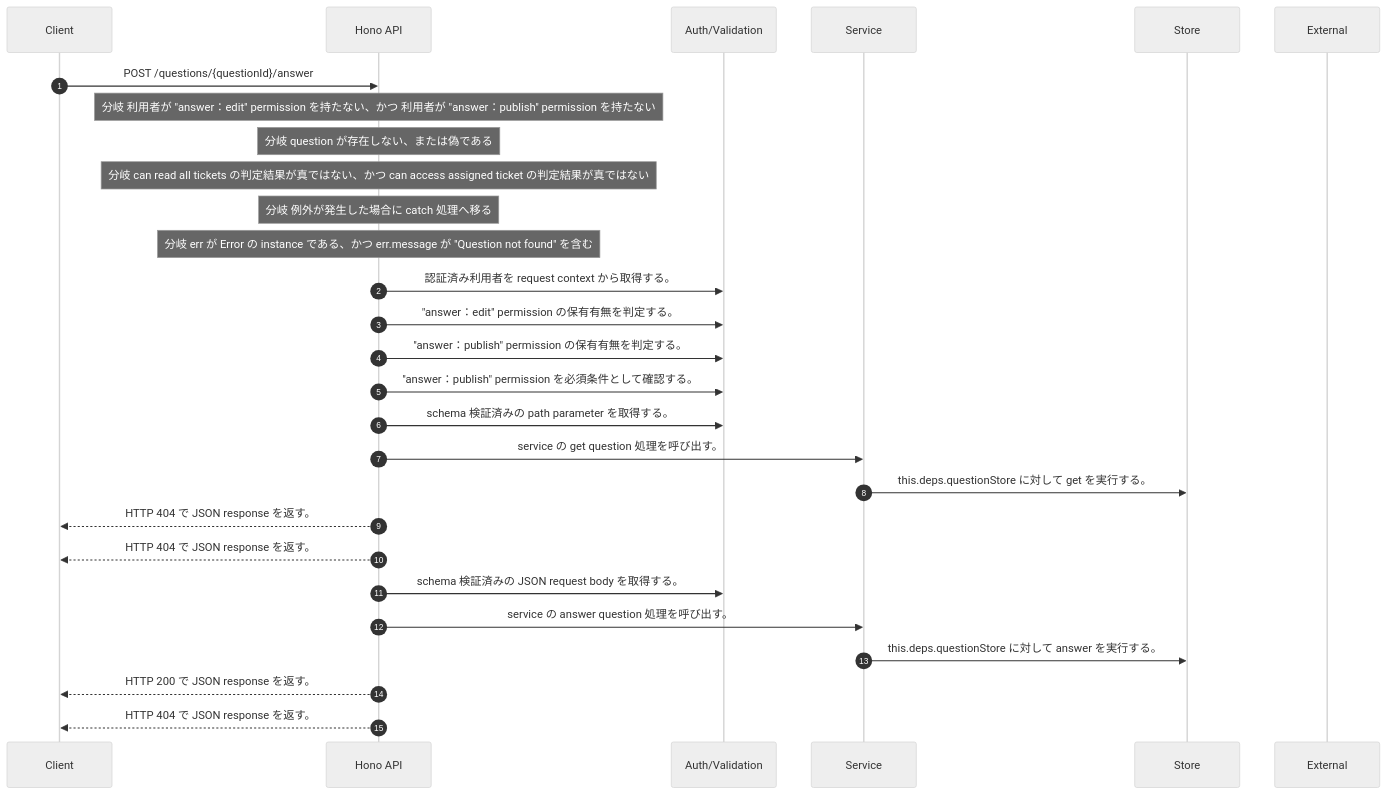
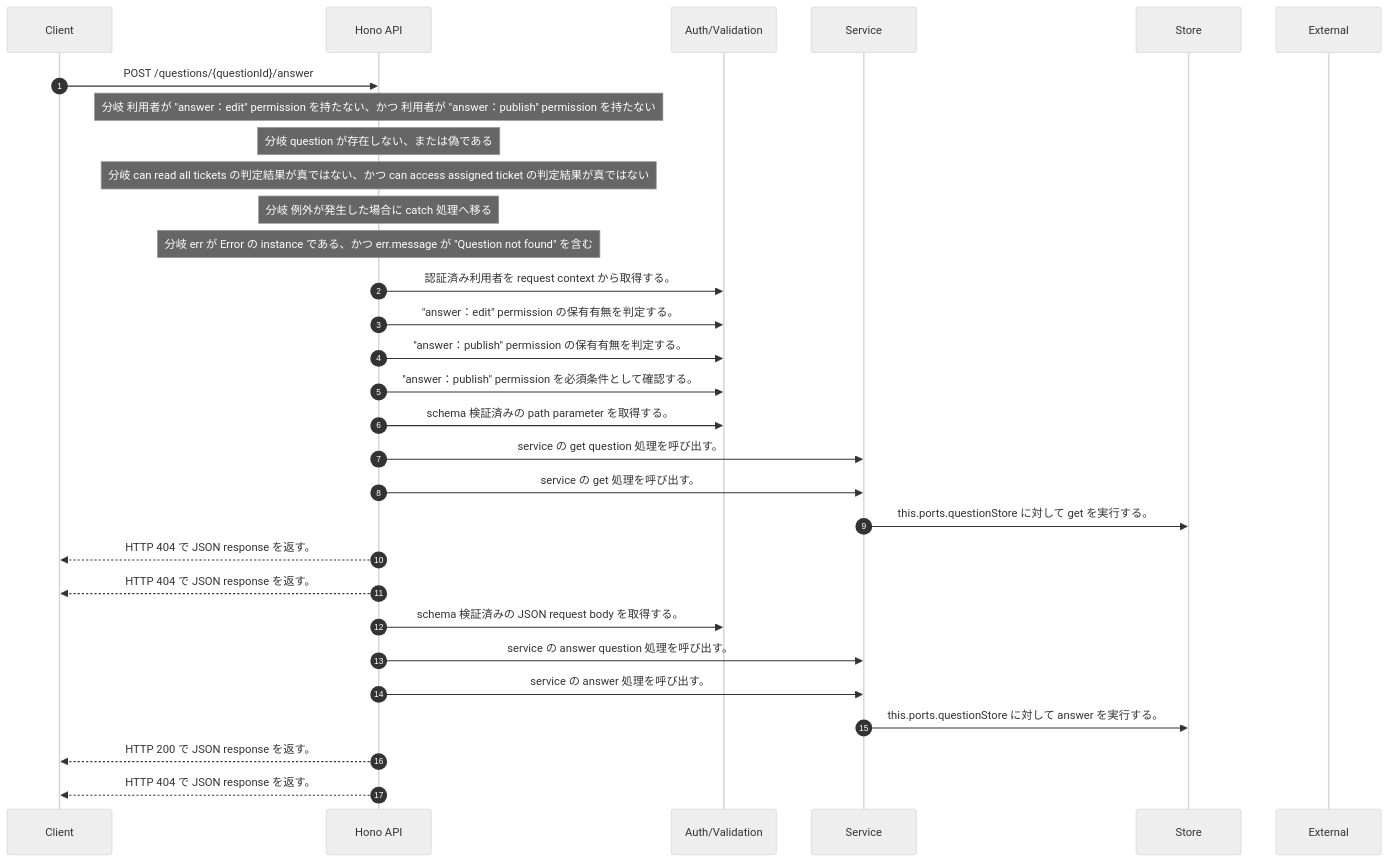
Before and after one commit to tsuji-tomonori/rag-assist: the diagram in docs/generated/api-code/post-questions-questionid-answer/sequence_gen.md, drawn with Mermaid (neutral theme). The commit also changed other lines of this file and 311 other files, not shown here.

First line of the commit message:
♻️ refactor(api): question lifecycleをnarrow portへ分離

````diff
--- a/docs/generated/api-code/post-questions-questionid-answer/sequence_gen.md
+++ b/docs/generated/api-code/post-questions-questionid-answer/sequence_gen.md
@@ -7,30 +7,32 @@
 ```mermaid
 sequenceDiagram
   autonumber
   participant Client as Client
   participant API as Hono API
   participant Auth as Auth/Validation
   participant Service as Service
   participant Store as Store
   participant External as External
   Client->>API: POST /questions/{questionId}/answer
   Note over API: 分岐 利用者が "answer：edit" permission を持たない、かつ 利用者が "answer：publish" permission を持たない
   Note over API: 分岐 question が存在しない、または偽である
   Note over API: 分岐 can read all tickets の判定結果が真ではない、かつ can access assigned ticket の判定結果が真ではない
   Note over API: 分岐 例外が発生した場合に catch 処理へ移る
   Note over API: 分岐 err が Error の instance である、かつ err.message が "Question not found" を含む
   API->>Auth: 認証済み利用者を request context から取得する。
   API->>Auth: "answer：edit" permission の保有有無を判定する。
   API->>Auth: "answer：publish" permission の保有有無を判定する。
   API->>Auth: "answer：publish" permission を必須条件として確認する。
   API->>Auth: schema 検証済みの path parameter を取得する。
   API->>Service: service の get question 処理を呼び出す。
-  Service->>Store: this.deps.questionStore に対して get を実行する。
+  API->>Service: service の get 処理を呼び出す。
+  Service->>Store: this.ports.questionStore に対して get を実行する。
   API-->>Client: HTTP 404 で JSON response を返す。
   API-->>Client: HTTP 404 で JSON response を返す。
   API->>Auth: schema 検証済みの JSON request body を取得する。
   API->>Service: service の answer question 処理を呼び出す。
-  Service->>Store: this.deps.questionStore に対して answer を実行する。
+  API->>Service: service の answer 処理を呼び出す。
+  Service->>Store: this.ports.questionStore に対して answer を実行する。
   API-->>Client: HTTP 200 で JSON response を返す。
   API-->>Client: HTTP 404 で JSON response を返す。
 ```
````
